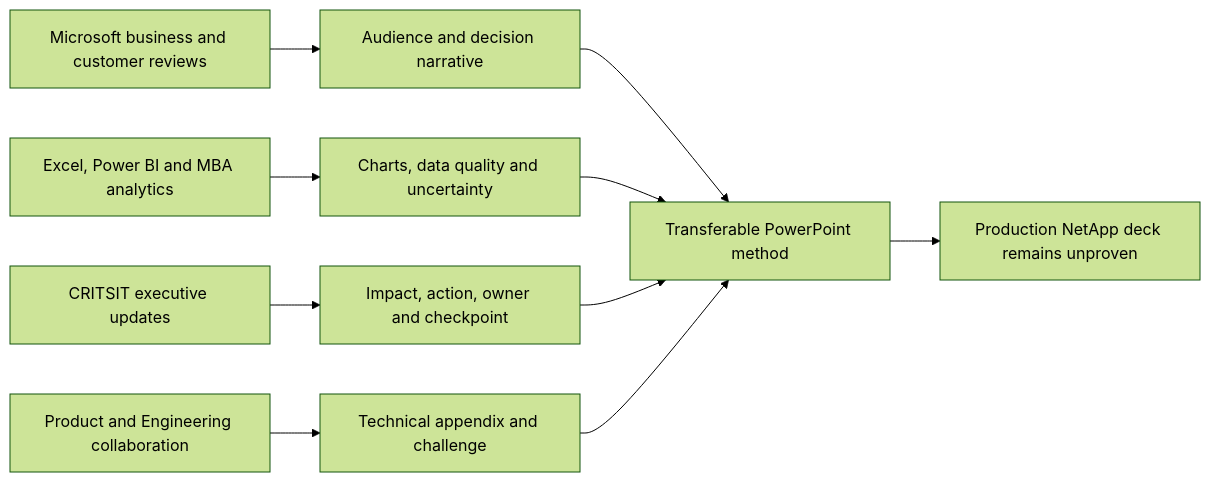
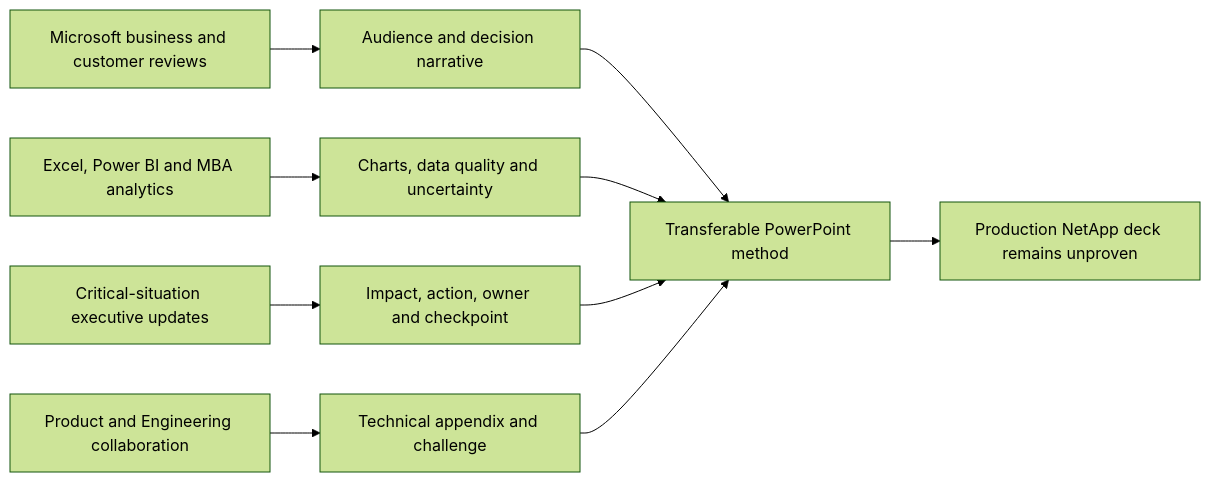
One commit to hichauhan-in/Interview-Prep changed diagram 25 of 26 in NetApp TAM/prep/Part-65-powerpoint-data-storytelling.md. Above: the diagram before and after it, drawn with Mermaid (forest theme). The commit also changed other lines of this file and 493 other files, not shown here.

````diff
--- a/NetApp TAM/prep/Part-65-powerpoint-data-storytelling.md
+++ b/NetApp TAM/prep/Part-65-powerpoint-data-storytelling.md
@@ -789,12 +789,12 @@
 ```mermaid
 flowchart LR
     REV[Microsoft business and customer reviews] --> STORY[Audience and decision narrative]
     BI[Excel, Power BI and MBA analytics] --> VIS[Charts, data quality and uncertainty]
-    CRIT[CRITSIT executive updates] --> BLUF[Impact, action, owner and checkpoint]
+    CRIT[Critical-situation executive updates] --> BLUF[Impact, action, owner and checkpoint]
     ENG[Product and Engineering collaboration] --> TECH[Technical appendix and challenge]
     STORY --> METHOD[Transferable PowerPoint method]
     VIS --> METHOD
     BLUF --> METHOD
     TECH --> METHOD
     METHOD --> GAP[Production NetApp deck remains unproven]
 ```
````
